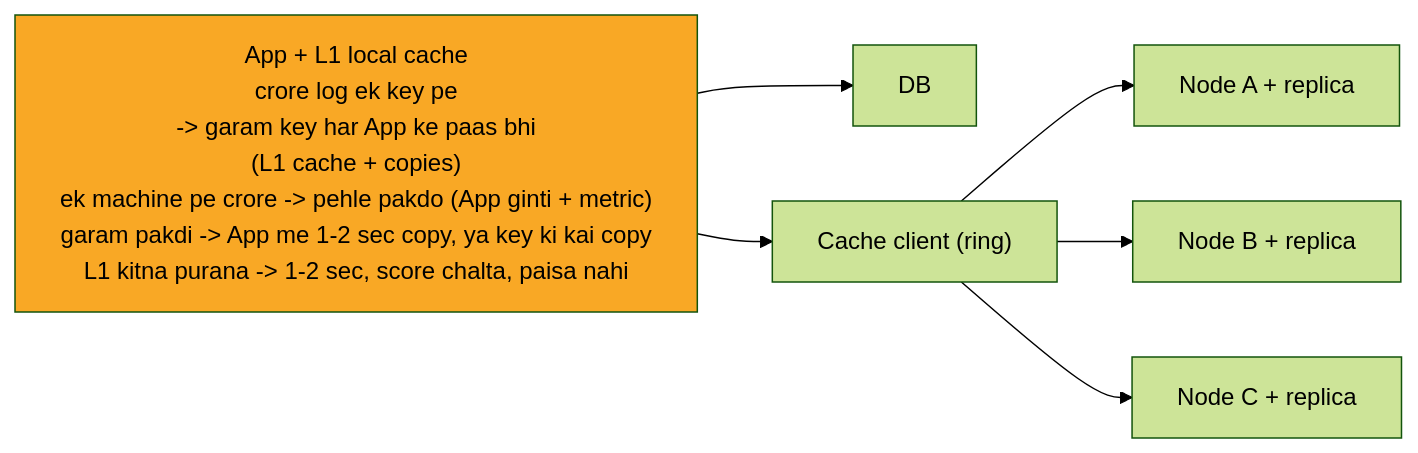
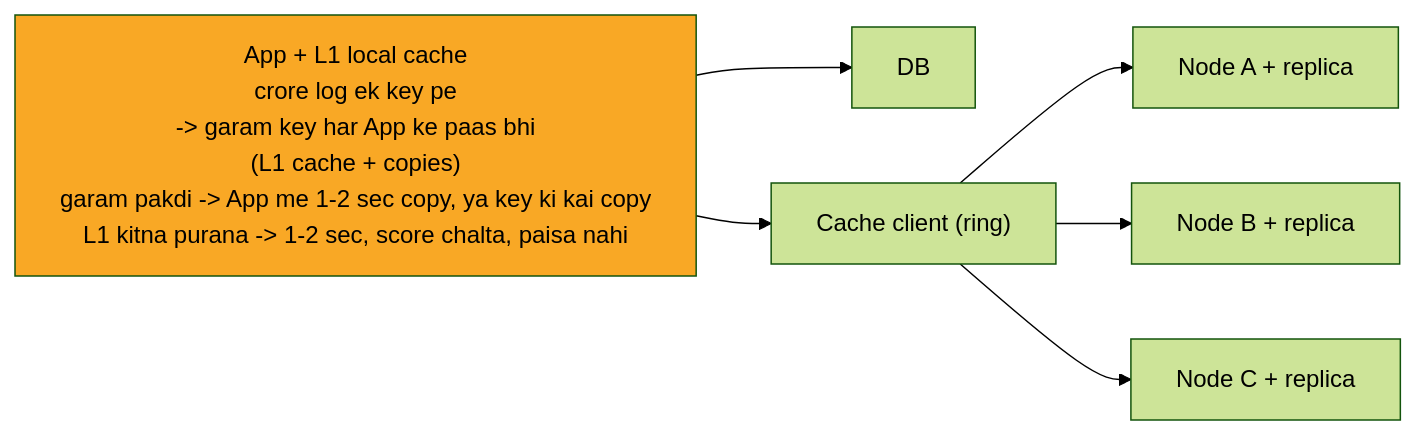
Before and after one commit to ArpanMaheshwari144/Prep: the seventh of 8 diagrams in 04_HLD/SYSTEM_DESIGNS/10_distributed_cache/10_distributed_cache.md, drawn with Mermaid (forest theme). The commit also changed other lines of this file and 13 other files, not shown here.

````diff
--- a/04_HLD/SYSTEM_DESIGNS/10_distributed_cache/10_distributed_cache.md
+++ b/04_HLD/SYSTEM_DESIGNS/10_distributed_cache/10_distributed_cache.md
@@ -287,16 +287,16 @@
 ```mermaid
 %%{init: {"flowchart": {"wrappingWidth": 450}}}%%
 flowchart LR
-    n_App_L1_local_cache["App + L1 local cache<br/>crore log ek key pe<br/>-> garam key har App ke paas bhi<br/>(L1 cache + copies)<br/>ek machine pe crore -> pehle pakdo (App ginti + metric)<br/>garam pakdi -> App me 1-2 sec copy, ya key ki kai copy<br/>L1 kitna purana -> 1-2 sec, score chalta, paisa nahi"]
+    n_App_L1_local_cache["App + L1 local cache<br/>crore log ek key pe<br/>-> garam key har App ke paas bhi<br/>(L1 cache + copies)<br/>garam pakdi -> App me 1-2 sec copy, ya key ki kai copy<br/>L1 kitna purana -> 1-2 sec, score chalta, paisa nahi"]
     n_DB["DB"]
     n_Cache_client["Cache client (ring)"]
     n_Node_A_replica["Node A + replica"]
     n_Node_B_replica["Node B + replica"]
     n_Node_C_replica["Node C + replica"]
     n_App_L1_local_cache --> n_DB
     n_App_L1_local_cache --> n_Cache_client
     n_Cache_client --> n_Node_A_replica
     n_Cache_client --> n_Node_B_replica
     n_Cache_client --> n_Node_C_replica
     style n_App_L1_local_cache fill:#f9a825,color:#000
 ```
````
